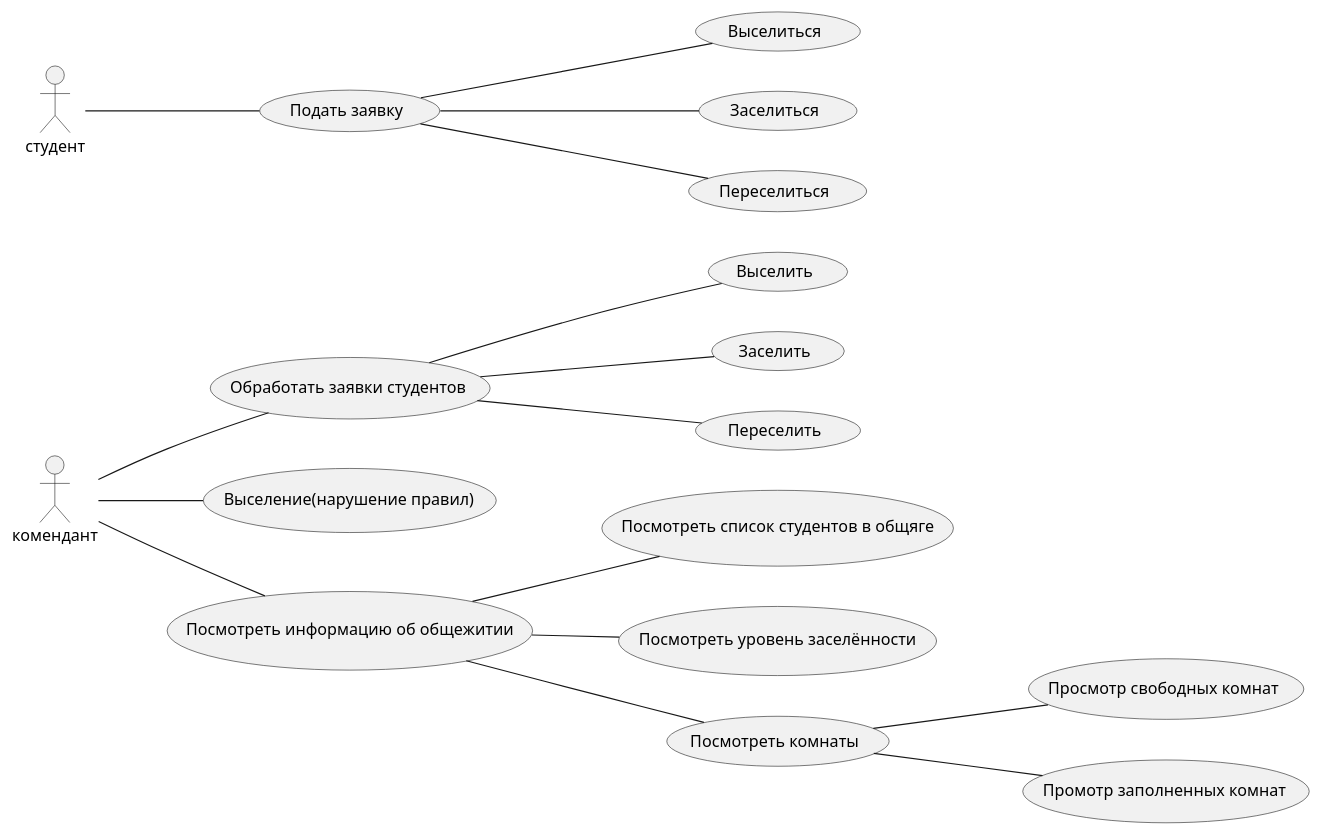
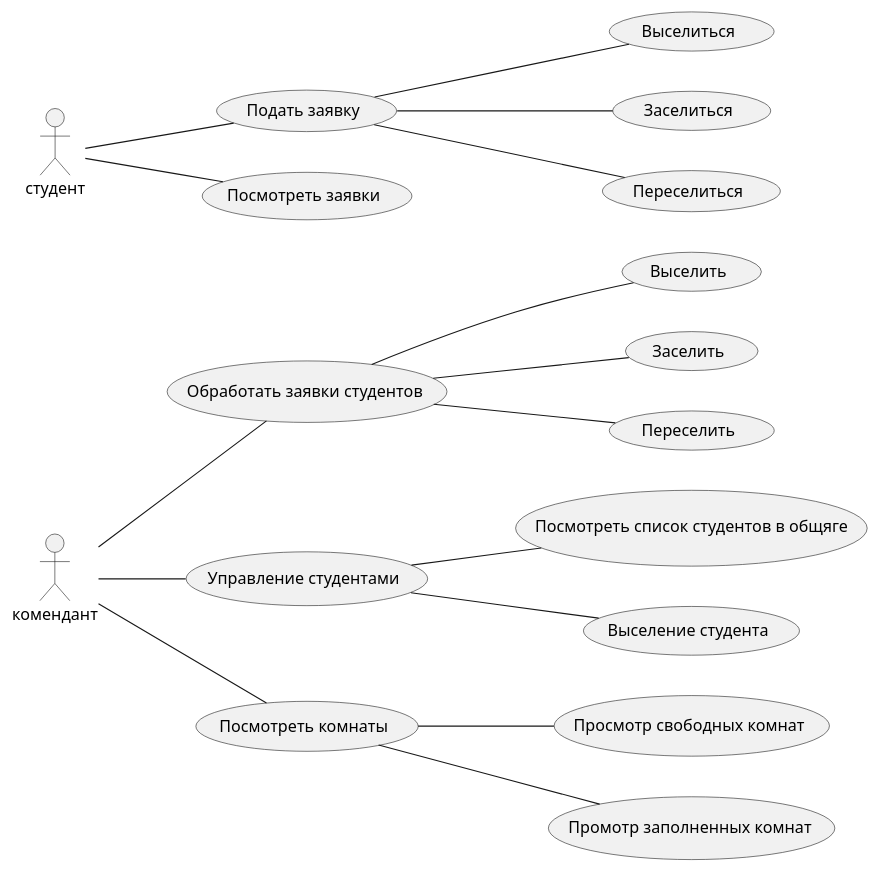
The diagram in docs/diagrams/use_case.pu (daniildDruzhinin532/Project_inf), drawn with PlantUML before and after one commit. The commit also changed 5 other files, not shown here.

```diff
--- a/docs/diagrams/use_case.pu
+++ b/docs/diagrams/use_case.pu
@@ -1,47 +1,51 @@
 @startuml
 left to right direction
 
 actor комендант
 actor студент
 
 usecase "Обработать заявки студентов" as U1
 usecase "Выселить" as U2
 usecase "Заселить" as U3
 usecase "Переселить" as U4
-usecase "Выселение(нарушение правил)" as U5
 
-usecase "Посмотреть информацию об общежитии" as U6
-usecase "Посмотреть список студентов в общяге" as U7
-usecase "Посмотреть уровень заселённости" as U8
+usecase "Управление студентами" as U5
+usecase "Посмотреть список студентов в общяге" as U6
+usecase "Выселение студента" as U8
+
 usecase "Посмотреть комнаты" as U9
 usecase "Просмотр свободных комнат" as U10
 usecase "Промотр заполненных комнат" as U11
+
+
+
 
 usecase "Подать заявку" as U12
 usecase "Выселиться" as U13
 usecase "Заселиться" as U14
 usecase "Переселиться" as U15
+usecase "Посмотреть заявки" as U16
 
 комендант -- U1
+комендант -- U5
+комендант -- U9
 
-комендант -- U6
-комендант -- U5
 студент -- U12
-
+студент -- U16
 
 U1 -- U2
 U1 -- U3
 U1 -- U4
 
-U6 -- U7
-U6 -- U8
-U6 -- U9
+U5 -- U6
+U5 -- U8
 
 U9 -- U10
 U9 -- U11
 
 U12 -- U13
 U12 -- U14
 U12 -- U15
 
+
 @enduml
```
